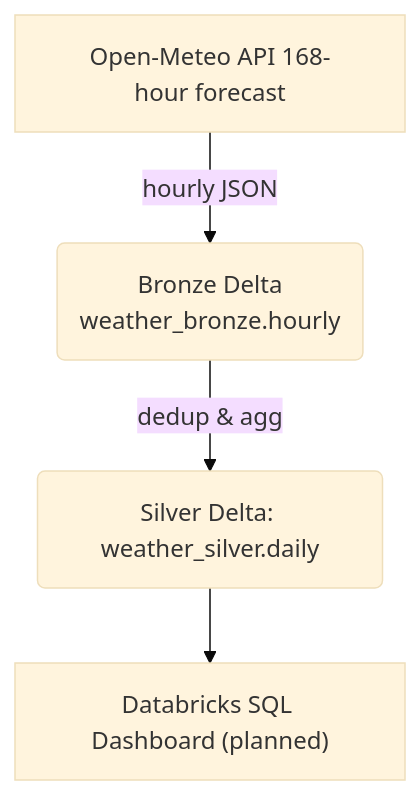
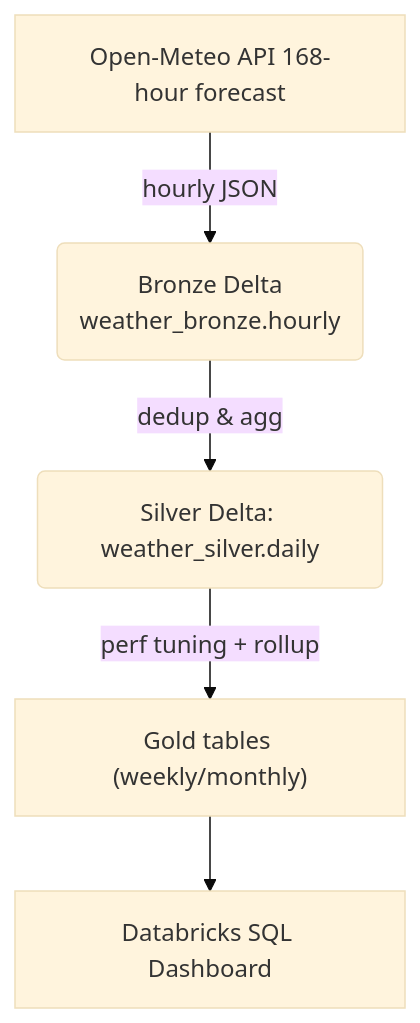
The diagram in README.md (yunandzoey/weather-delta-lake), drawn with Mermaid (base theme) before and after one commit. The commit also changed other lines of this file and 2 other files, not shown here.

````diff
--- a/README.md
+++ b/README.md
@@ -54,6 +57,7 @@
 ```mermaid
 graph TD
     A["Open-Meteo API 168-hour forecast"] -->|hourly JSON| B(Bronze Delta\nweather_bronze.hourly)
     B -->|dedup & agg| C(Silver Delta: weather_silver.daily)
-    C --> D["Databricks SQL Dashboard (planned)"]
+    C -->|perf tuning + rollup| D["Gold tables (weekly/monthly)"]
+    D --> E["Databricks SQL Dashboard"]
 ```
````
